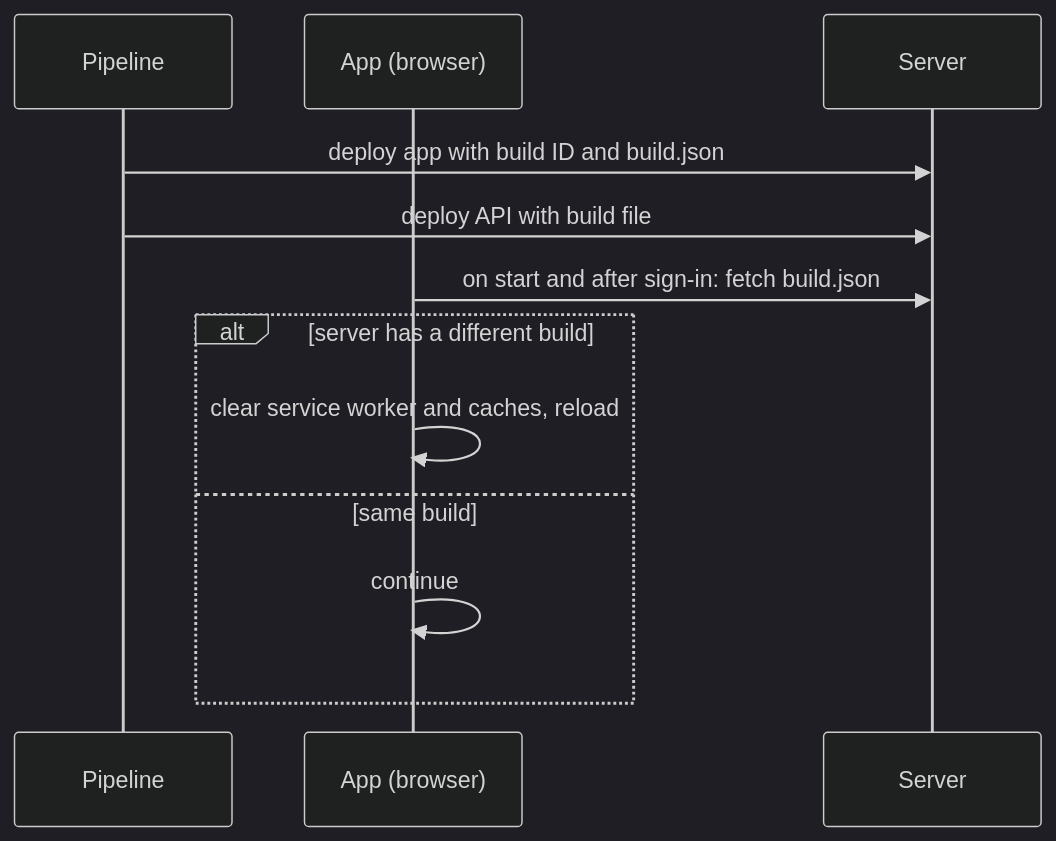
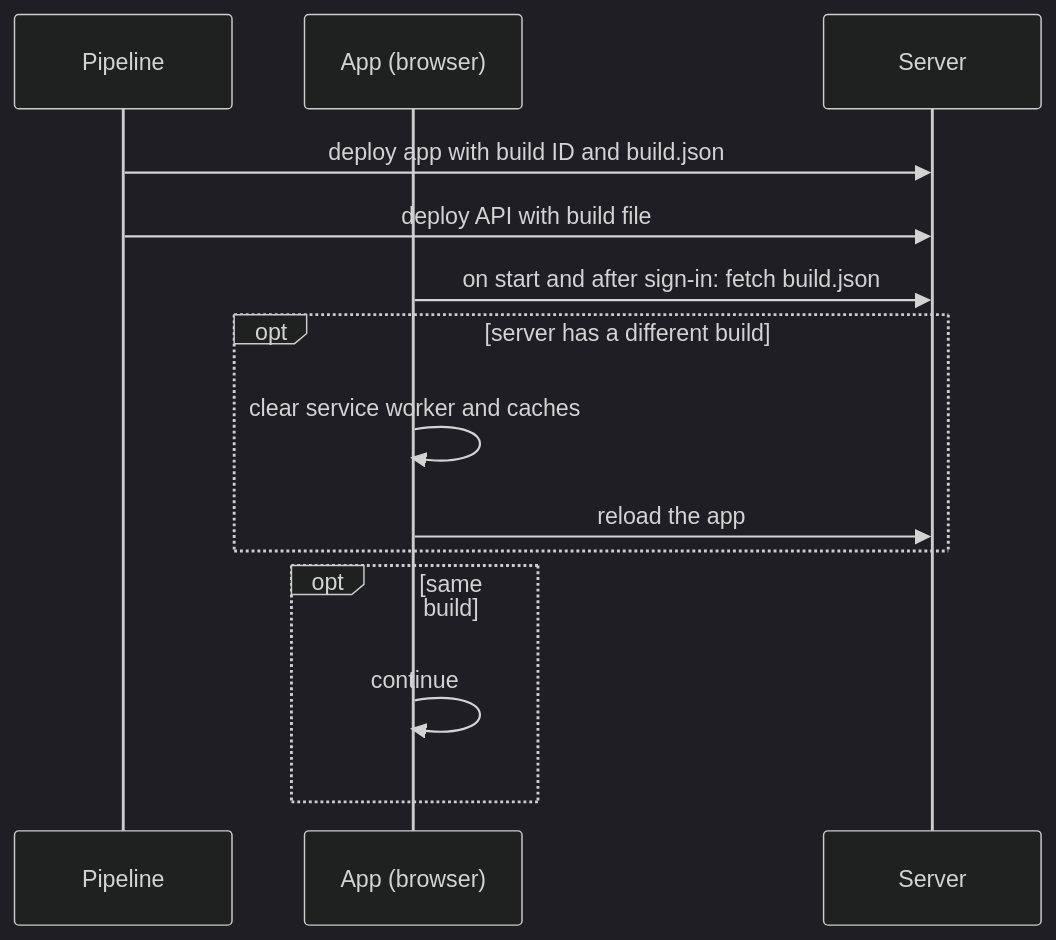
One commit to Tschuchi/EDChar-Docs changed the diagram in docs/architektur/versioning.en.md. Above: the diagram before and after it, drawn with Mermaid (dark theme). The commit also changed 6 other files, not shown here.

First line of the commit message:
Tickets 240 und 248: ADR 0015 präzisiert; README, Markenhinweis, Repo-Link, Startseite, Diagramme

````diff
--- a/docs/architektur/versioning.en.md
+++ b/docs/architektur/versioning.en.md
@@ -14,14 +14,16 @@
 ```mermaid
 sequenceDiagram
     participant P as Pipeline
     participant A as App (browser)
     participant S as Server
     P->>S: deploy app with build ID and build.json
     P->>S: deploy API with build file
     A->>S: on start and after sign-in: fetch build.json
-    alt server has a different build
-        A->>A: clear service worker and caches, reload
-    else same build
+    opt server has a different build
+        A->>A: clear service worker and caches
+        A->>S: reload the app
+    end
+    opt same build
         A->>A: continue
     end
 ```
````
